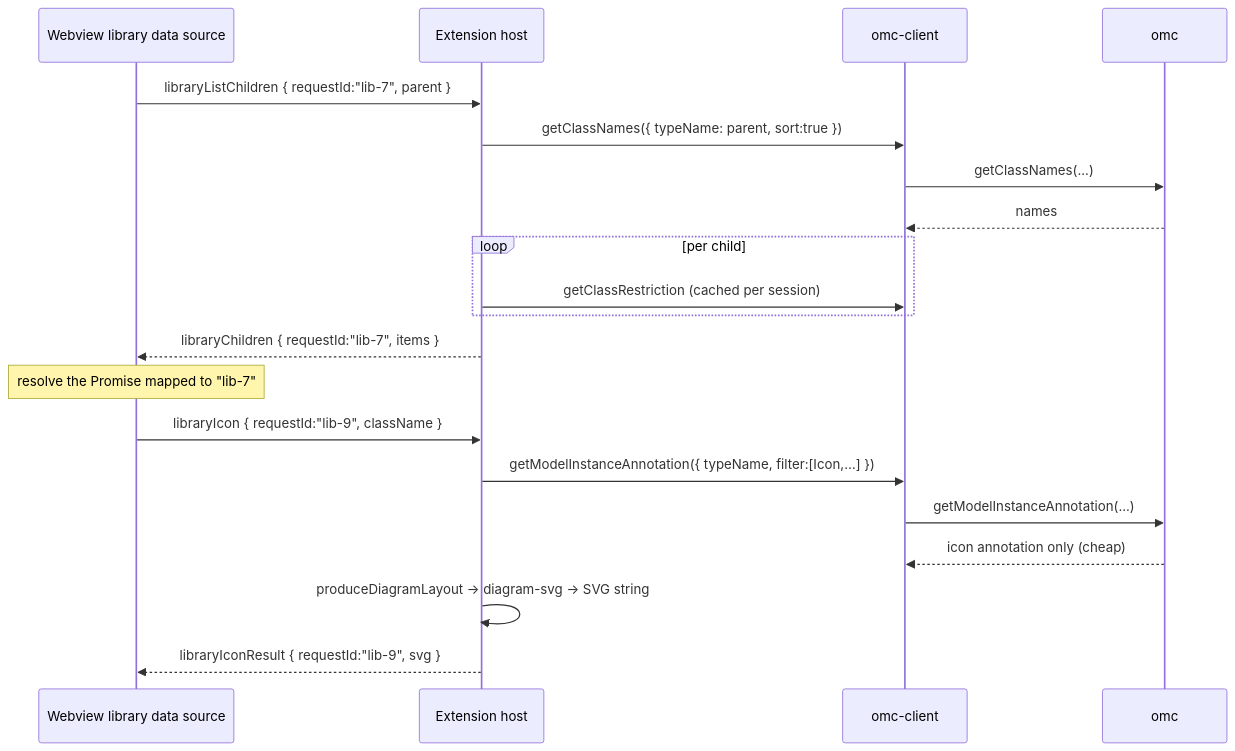
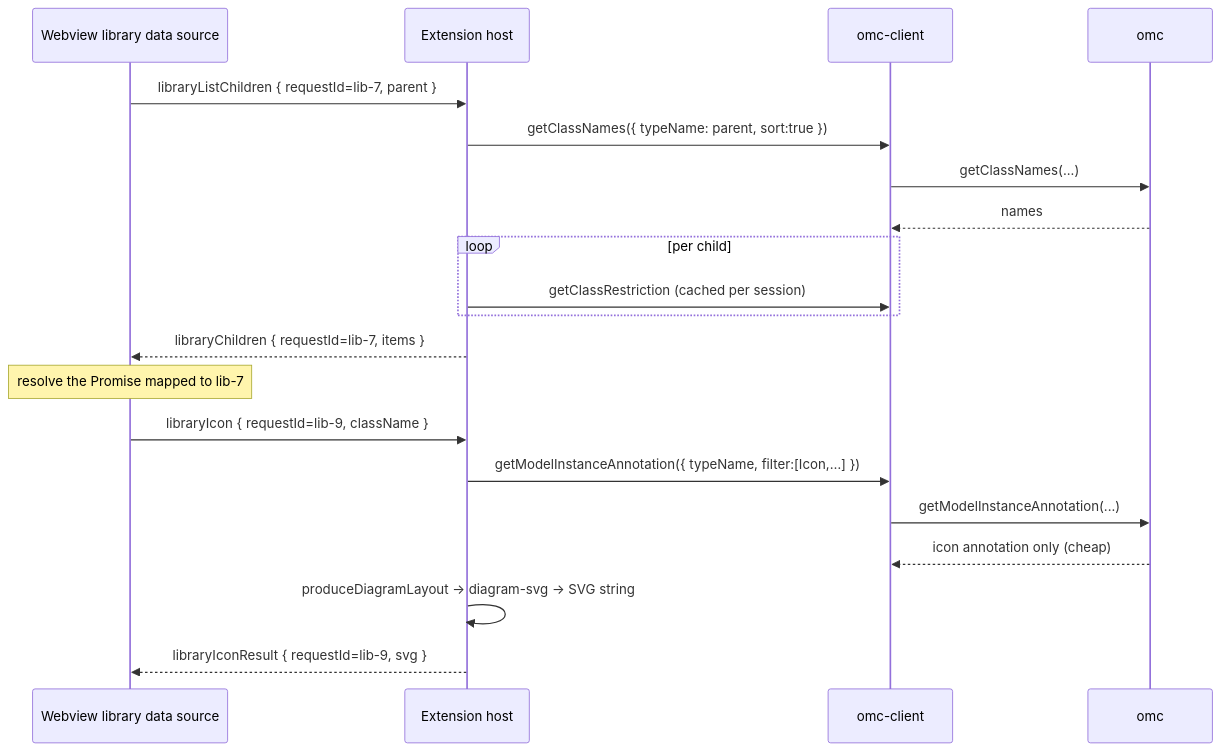
The second of 3 diagrams in docs/protocol.md (dicode-ayo/modelica-wrapper), drawn with Mermaid before and after one commit. The commit also changed other lines of this file and 3 other files, not shown here.

````diff
--- a/docs/protocol.md
+++ b/docs/protocol.md
@@ -131,24 +131,24 @@
 ```mermaid
 sequenceDiagram
     participant DS as Webview library data source
     participant H as Extension host
     participant C as omc-client
     participant O as omc
 
-    DS->>H: libraryListChildren { requestId:"lib-7", parent }
+    DS->>H: libraryListChildren { requestId=lib-7, parent }
     H->>C: getClassNames({ typeName: parent, sort:true })
     C->>O: getClassNames(...)
     O-->>C: names
     loop per child
         H->>C: getClassRestriction (cached per session)
     end
-    H-->>DS: libraryChildren { requestId:"lib-7", items }
-    Note over DS: resolve the Promise mapped to "lib-7"
+    H-->>DS: libraryChildren { requestId=lib-7, items }
+    Note over DS: resolve the Promise mapped to lib-7
 
-    DS->>H: libraryIcon { requestId:"lib-9", className }
+    DS->>H: libraryIcon { requestId=lib-9, className }
     H->>C: getModelInstanceAnnotation({ typeName, filter:[Icon,…] })
     C->>O: getModelInstanceAnnotation(...)
     O-->>C: icon annotation only (cheap)
     H->>H: produceDiagramLayout → diagram-svg → SVG string
-    H-->>DS: libraryIconResult { requestId:"lib-9", svg }
+    H-->>DS: libraryIconResult { requestId=lib-9, svg }
 ```
````
